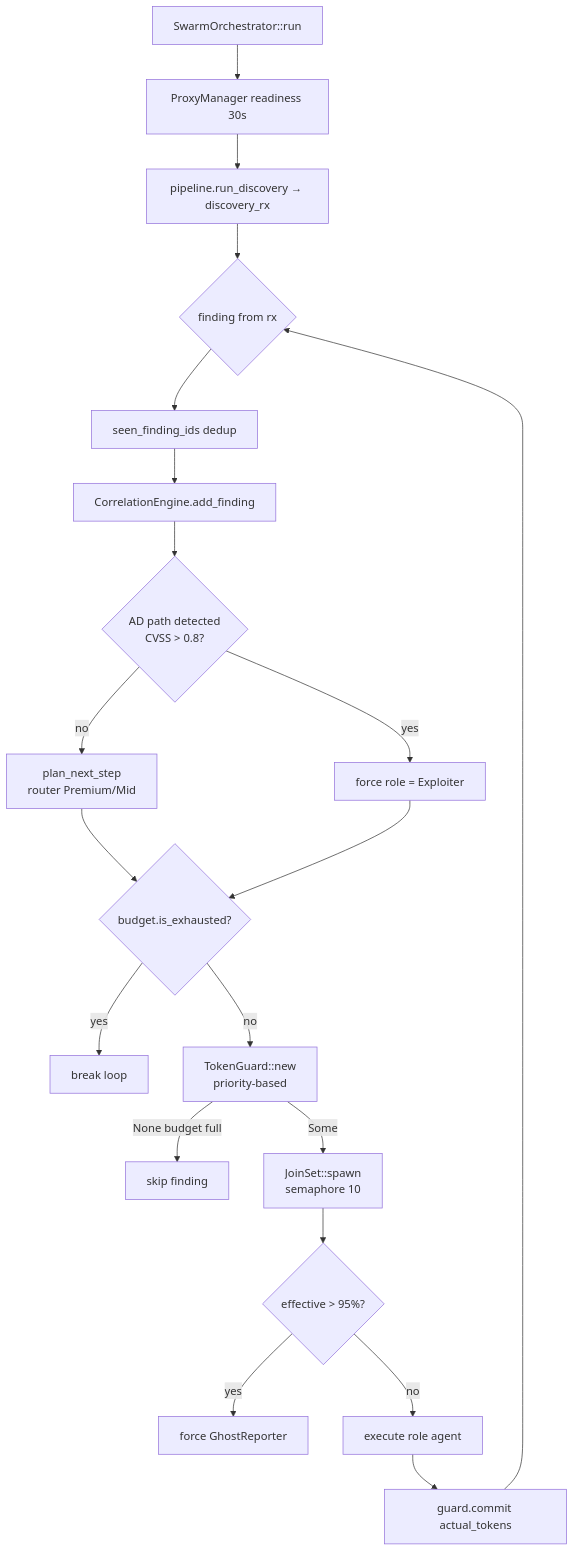
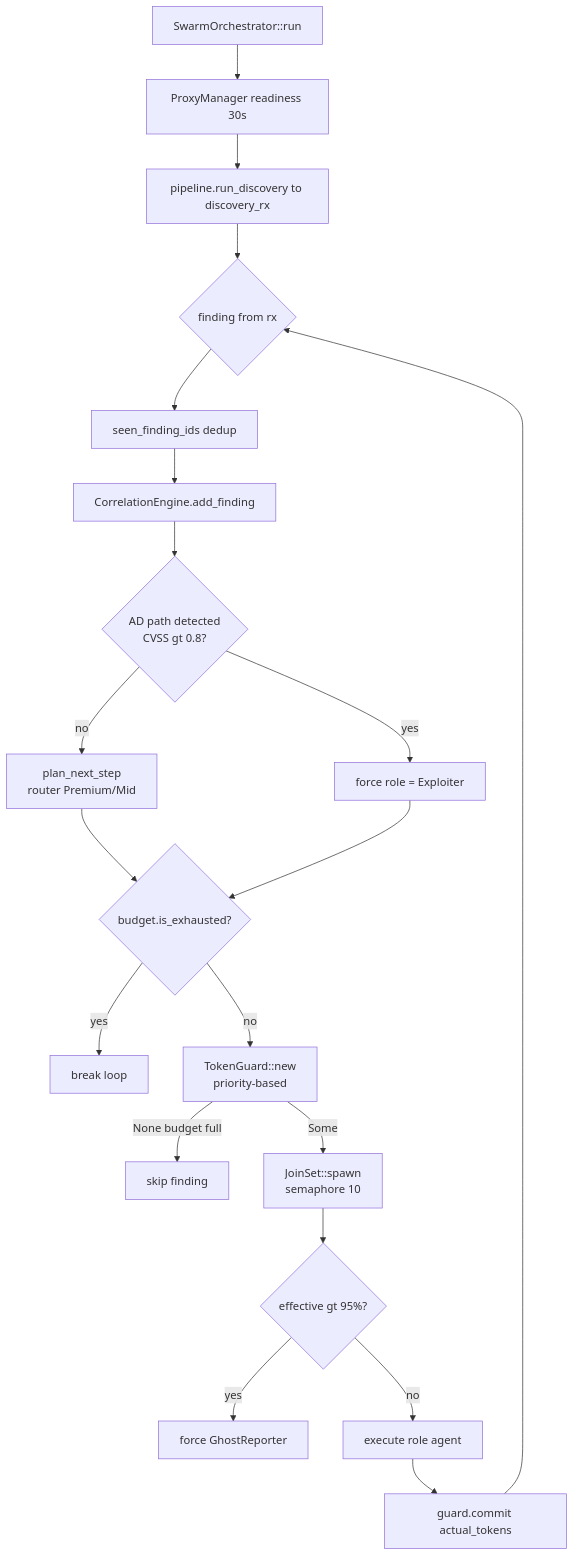
The fourth of 4 diagrams in redteam_rust_core/DOCS/swarm_intelligence.md (kripiman/OsintUltimate), drawn with Mermaid before and after one commit. The commit also changed other lines of this file and 38 other files, not shown here.

Commit message:
feat: implement temporal diff engine for finding tracking and add authentication state machine to exploitation module

````diff
--- a/redteam_rust_core/DOCS/swarm_intelligence.md
+++ b/redteam_rust_core/DOCS/swarm_intelligence.md
@@ -165,21 +165,21 @@
 ```mermaid
 flowchart TD
-    START[SwarmOrchestrator::run] --> READY[ProxyManager readiness 30s]
-    READY --> DISC[pipeline.run_discovery → discovery_rx]
-    DISC --> LOOP{finding from rx}
-    LOOP --> DEDUP[seen_finding_ids dedup]
-    DEDUP --> CORR[CorrelationEngine.add_finding]
-    CORR --> AD{AD path detected\nCVSS > 0.8?}
-    AD -- yes --> FORCE[force role = Exploiter]
-    AD -- no --> PLAN[plan_next_step\nrouter Premium/Mid]
-    PLAN & FORCE --> BUDGET{budget.is_exhausted?}
-    BUDGET -- yes --> BREAK[break loop]
-    BUDGET -- no --> GUARD[TokenGuard::new\npriority-based]
-    GUARD -- None budget full --> SKIP[skip finding]
-    GUARD -- Some --> SPAWN[JoinSet::spawn\nsemaphore 10]
-    SPAWN --> CHECK{effective > 95%?}
-    CHECK -- yes --> REPORTER[force GhostReporter]
-    CHECK -- no --> ROLE[execute role agent]
-    ROLE --> COMMIT[guard.commit actual_tokens]
+    START["SwarmOrchestrator::run"] --> READY["ProxyManager readiness 30s"]
+    READY --> DISC["pipeline.run_discovery to discovery_rx"]
+    DISC --> LOOP{"finding from rx"}
+    LOOP --> DEDUP["seen_finding_ids dedup"]
+    DEDUP --> CORR["CorrelationEngine.add_finding"]
+    CORR --> AD{"AD path detected<br/>CVSS gt 0.8?"}
+    AD -- yes --> FORCE["force role = Exploiter"]
+    AD -- no --> PLAN["plan_next_step<br/>router Premium/Mid"]
+    PLAN & FORCE --> BUDGET{"budget.is_exhausted?"}
+    BUDGET -- yes --> BREAK["break loop"]
+    BUDGET -- no --> GUARD["TokenGuard::new<br/>priority-based"]
+    GUARD -- None budget full --> SKIP["skip finding"]
+    GUARD -- Some --> SPAWN["JoinSet::spawn<br/>semaphore 10"]
+    SPAWN --> CHECK{"effective gt 95%?"}
+    CHECK -- yes --> REPORTER["force GhostReporter"]
+    CHECK -- no --> ROLE["execute role agent"]
+    ROLE --> COMMIT["guard.commit actual_tokens"]
     COMMIT --> LOOP
 ```
````
